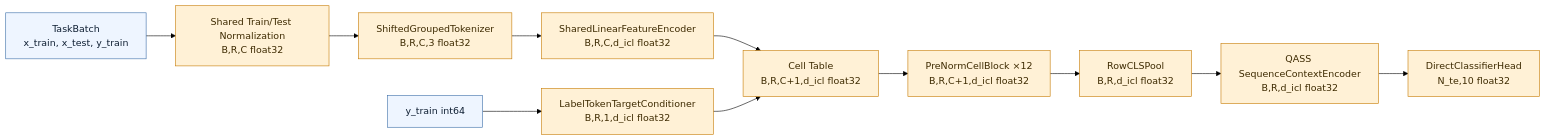
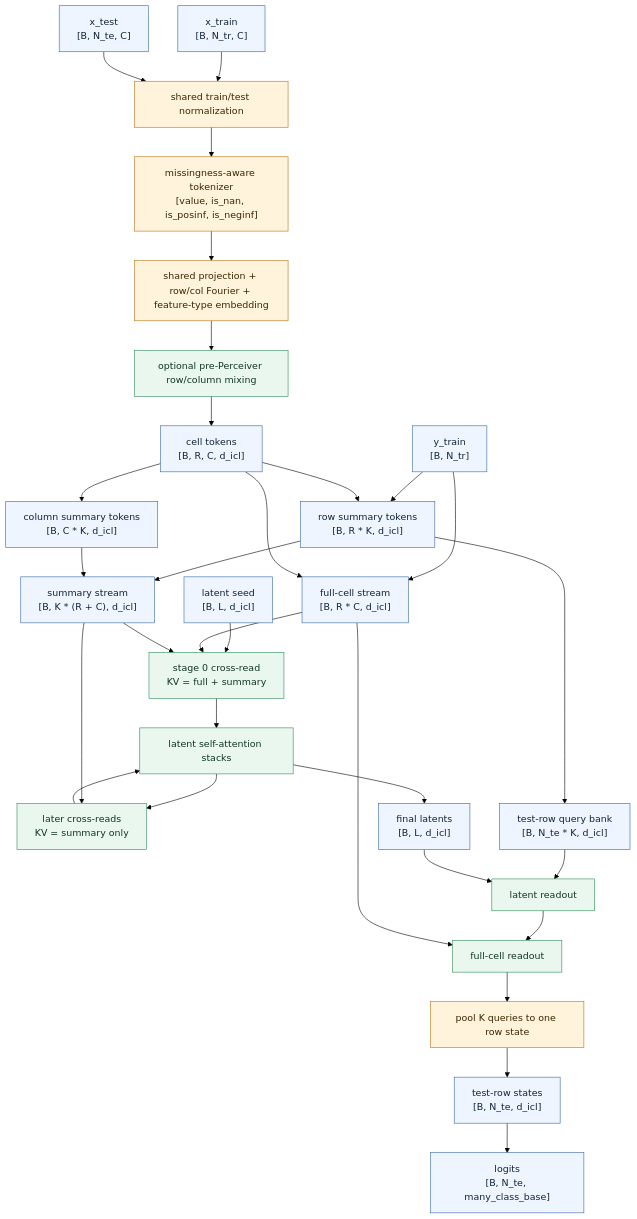
The diagram in docs/development/model-architecture.md (bensonlee5/tab-foundry), drawn with Mermaid (forest theme) before and after one commit. The commit also changed other lines of this file and 8 other files, not shown here.

Commit message:
refresh roadmap and update model architecture pages

````diff
--- a/docs/development/model-architecture.md
+++ b/docs/development/model-architecture.md
@@ -114,18 +97,56 @@
 ```mermaid
-flowchart LR
-    inp[TaskBatch<br/>x_train, x_test, y_train] --> norm[Shared Train/Test Normalization<br/>B,R,C float32]
-    norm --> tok[ShiftedGroupedTokenizer<br/>B,R,C,3 float32]
-    tok --> fe[SharedLinearFeatureEncoder<br/>B,R,C,d_icl float32]
-    y[y_train int64] --> tc[LabelTokenTargetConditioner<br/>B,R,1,d_icl float32]
-    fe --> cat[Cell Table<br/>B,R,C+1,d_icl float32]
-    tc --> cat
-    cat --> blk[PreNormCellBlock ×12<br/>B,R,C+1,d_icl float32]
-    blk --> pool[RowCLSPool<br/>B,R,d_icl float32]
-    pool --> ctx[QASS SequenceContextEncoder<br/>B,R,d_icl float32]
-    ctx --> head[DirectClassifierHead<br/>N_te,10 float32]
+flowchart TB
+    classDef tensor fill:#eef5ff,stroke:#3567a6,color:#10233a,stroke-width:1px;
+    classDef embed fill:#fff3db,stroke:#b87316,color:#3b2500,stroke-width:1px;
+    classDef attn fill:#e9f7ef,stroke:#2e8b57,color:#123524,stroke-width:1px;
+    classDef head fill:#f5ebff,stroke:#7a4db3,color:#2c1548,stroke-width:1px;
 
-    classDef base fill:#eef5ff,stroke:#3b6ea8,color:#0f1f33;
-    classDef delta fill:#fff1d6,stroke:#c67a00,color:#3d2a00;
-    class inp,y base;
-    class norm,tok,fe,tc,cat,blk,pool,ctx,head delta;
+    xtrain["x_train<br/>[B, N_tr, C]"]:::tensor
+    xtest["x_test<br/>[B, N_te, C]"]:::tensor
+    ytrain["y_train<br/>[B, N_tr]"]:::tensor
+
+    norm["shared train/test normalization"]:::embed
+    tok["missingness-aware tokenizer<br/>[value, is_nan, is_posinf, is_neginf]"]:::embed
+    enc["shared projection + row/col Fourier + feature-type embedding"]:::embed
+    mixed["optional pre-Perceiver row/column mixing"]:::attn
+    cells["cell tokens<br/>[B, R, C, d_icl]"]:::tensor
+
+    full["full-cell stream<br/>[B, R * C, d_icl]"]:::tensor
+    rowsum["row summary tokens<br/>[B, R * K, d_icl]"]:::tensor
+    colsum["column summary tokens<br/>[B, C * K, d_icl]"]:::tensor
+    summary["summary stream<br/>[B, K * (R + C), d_icl]"]:::tensor
+
+    lat0["latent seed<br/>[B, L, d_icl]"]:::tensor
+    stage0["stage 0 cross-read<br/>KV = full + summary"]:::attn
+    stagen["later cross-reads<br/>KV = summary only"]:::attn
+    self["latent self-attention stacks"]:::attn
+    latf["final latents<br/>[B, L, d_icl]"]:::tensor
+
+    testq["test-row query bank<br/>[B, N_te * K, d_icl]"]:::tensor
+    lread["latent readout"]:::attn
+    cread["full-cell readout"]:::attn
+    pool["pool K queries to one row state"]:::embed
+    rows["test-row states<br/>[B, N_te, d_icl]"]:::tensor
+    logits["logits<br/>[B, N_te, many_class_base]"]:::tensor
+
+    xtrain --> norm
+    xtest --> norm
+    norm --> tok --> enc --> mixed --> cells
+    ytrain --> full
+    ytrain --> rowsum
+
+    cells --> full
+    cells --> rowsum
+    cells --> colsum
+    rowsum --> summary
+    colsum --> summary
+
+    lat0 --> stage0 --> self --> stagen --> self --> latf
+    full --> stage0
+    summary --> stage0
+    summary --> stagen
+
+    rowsum --> testq --> lread --> cread --> pool --> rows --> logits
+    latf --> lread
+    full --> cread
 ```
````
